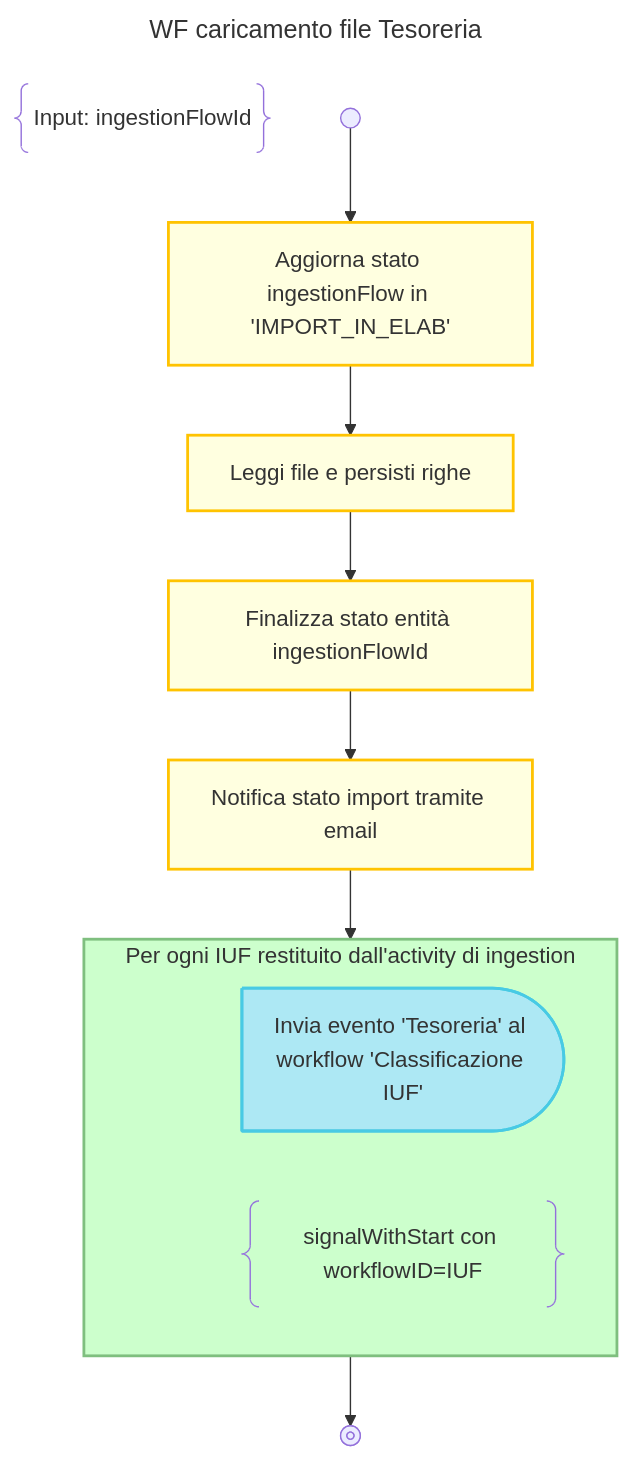
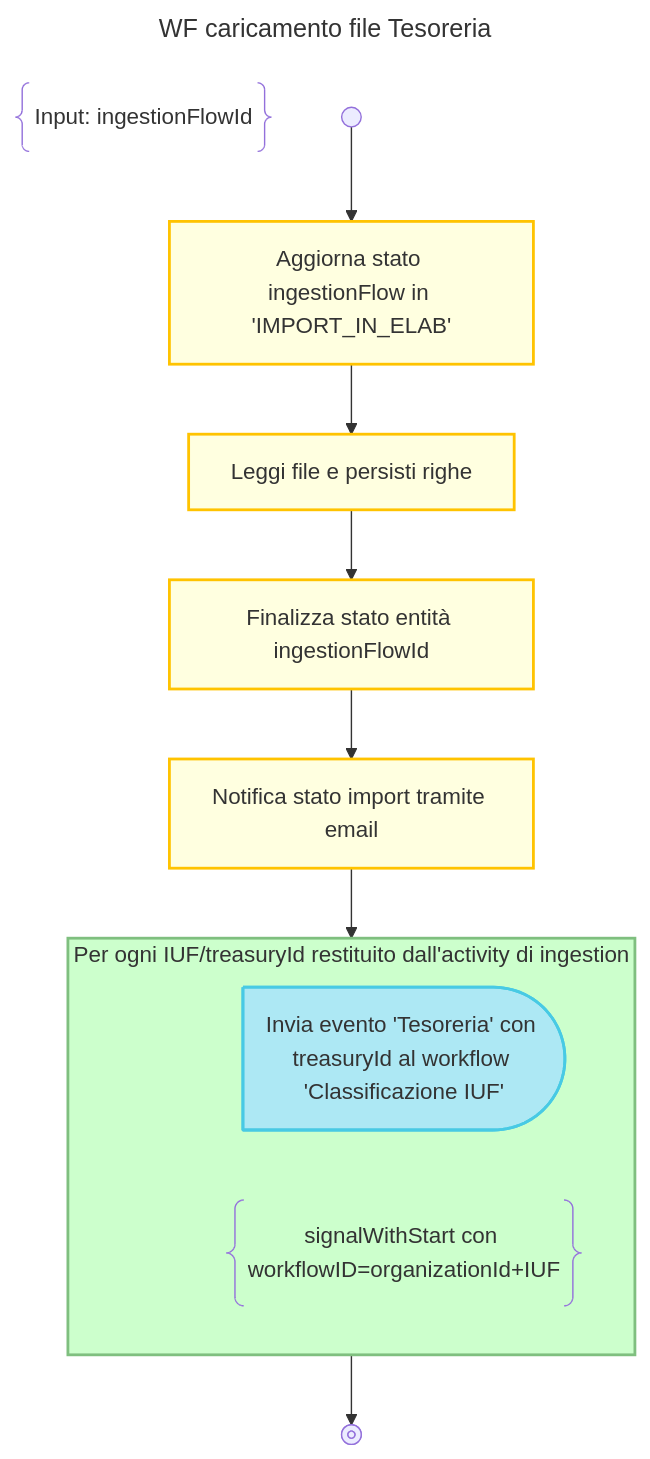
Before and after one commit to pagopa/p4pa-doc: the diagram in design/workflow/classificazioneIncassi/04.tesoreria-ingestion.mmd, drawn with Mermaid. The commit also changed 20 other files, not shown here.

```diff
--- a/design/workflow/classificazioneIncassi/04.tesoreria-ingestion.mmd
+++ b/design/workflow/classificazioneIncassi/04.tesoreria-ingestion.mmd
@@ -1,30 +1,30 @@
 ---
 title: WF caricamento file Tesoreria
 ---
 flowchart TD
     DESCRIPTION@{ shape: braces, label: "Input: ingestionFlowId" }
     START@{shape: start} -->
     UPDATE_STATUS_INELAB:::activity@{label: "Aggiorna stato ingestionFlow in 'IMPORT_IN_ELAB'"} -->
     INGESTION:::activity@{label: "Leggi file e persisti righe"} -->
     UPDATE_STATUS_COMPLETE:::activity@{label: "Finalizza stato entità ingestionFlowId"} -->
     SEND_EMAIL:::activity@{label: "Notifica stato import tramite email"} -->
 
     LOOP
 
-    subgraph LOOP["Per ogni IUF restituito dall'activity di ingestion"]
+    subgraph LOOP["Per ogni IUF/treasuryId restituito dall'activity di ingestion"]
 
         %% dummy block added to have an empty line
         DUMMY:::disable-->SIGNAL
         linkStyle 5 display:none;
 
-        SIGNAL:::send-signal@{shape: delay, label: "Invia evento 'Tesoreria' al workflow 'Classificazione IUF'"}
-        NOTE@{ shape: braces, label: "signalWithStart con workflowID=IUF" }
+        SIGNAL:::send-signal@{shape: delay, label: "Invia evento 'Tesoreria' con treasuryId al workflow 'Classificazione IUF'"}
+        NOTE@{ shape: braces, label: "signalWithStart con workflowID=organizationId+IUF" }
     end
 
     LOOP --> END@{shape: stop}
     class LOOP loop
 
     classDef disable display:none;
     classDef activity fill:#FFFFE0, stroke:#ffc300, stroke-width:2px;
     classDef loop fill:#CCFFCC, stroke:#7FBF7F, stroke-width:2px, padding-bottom: 5px;
     classDef send-signal fill:#ade8f4, stroke:#48cae4, stroke-width:2px
```
